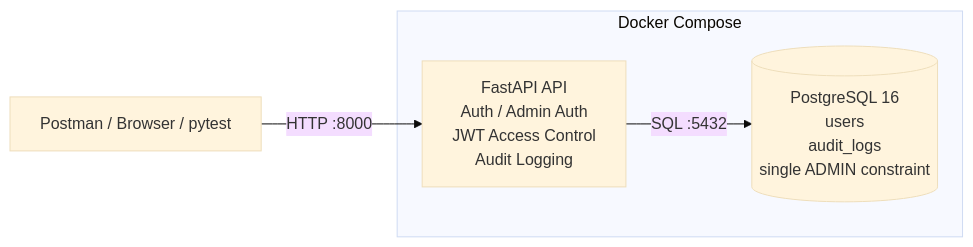
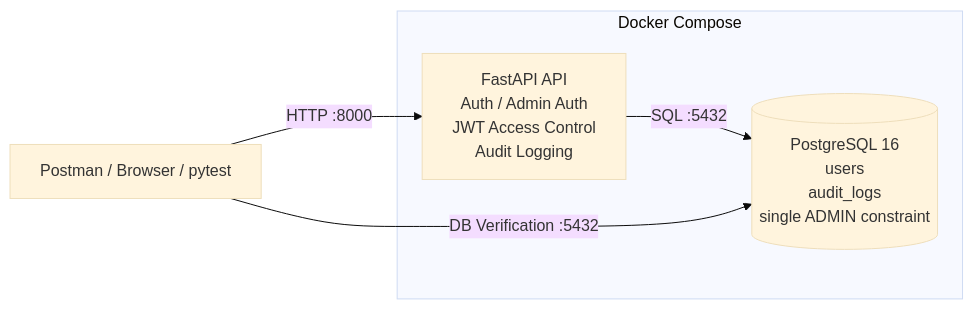
One commit to eunsun-lee938/technical-qa-lab changed the diagram in docs/02_environment_setup.md. Above: the diagram before and after it, drawn with Mermaid (base theme). The commit also changed other lines of this file and 9 other files, not shown here.

````diff
--- a/docs/02_environment_setup.md
+++ b/docs/02_environment_setup.md
@@ -54,12 +70,13 @@
 ```mermaid
 flowchart LR
     Client["Postman / Browser / pytest"]
 
     subgraph Docker["Docker Compose"]
         API["FastAPI API<br/>Auth / Admin Auth<br/>JWT Access Control<br/>Audit Logging"]
         DB[("PostgreSQL 16<br/>users<br/>audit_logs<br/>single ADMIN constraint")]
     end
 
     Client -->|"HTTP :8000"| API
     API -->|"SQL :5432"| DB
+    Client -->|"DB Verification :5432"| DB
 ```
````
